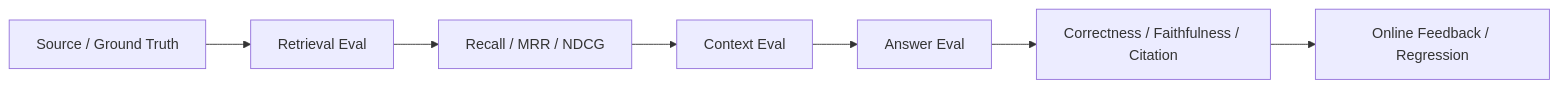
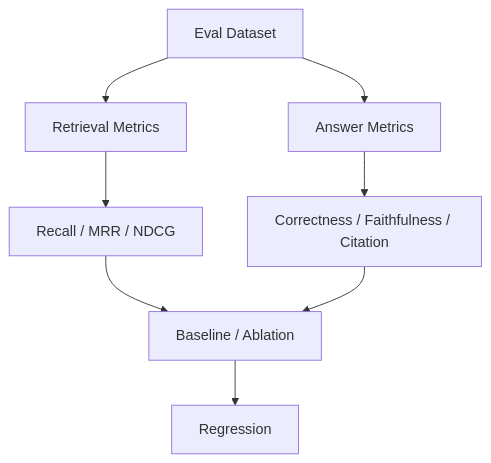
One commit to studyzhige-ui/ai-application-interview-handbook changed the fifth of 6 diagrams in rag/review/README.md. Above: the diagram before and after it, drawn with Mermaid. The commit also changed other lines of this file, not shown here.

````diff
--- a/rag/review/README.md
+++ b/rag/review/README.md
@@ -79,9 +81,10 @@
 ```mermaid
-flowchart LR
-    A["Source / Ground Truth"] --> B["Retrieval Eval"]
-    B --> C["Recall / MRR / NDCG"]
-    C --> D["Context Eval"]
-    D --> E["Answer Eval"]
-    E --> F["Correctness / Faithfulness / Citation"]
-    F --> G["Online Feedback / Regression"]
+flowchart TD
+    A["Eval Dataset"] --> B["Retrieval Metrics"]
+    A --> C["Answer Metrics"]
+    B --> D["Recall / MRR / NDCG"]
+    C --> E["Correctness / Faithfulness / Citation"]
+    D --> F["Baseline / Ablation"]
+    E --> F
+    F --> G["Regression"]
 ```
````
